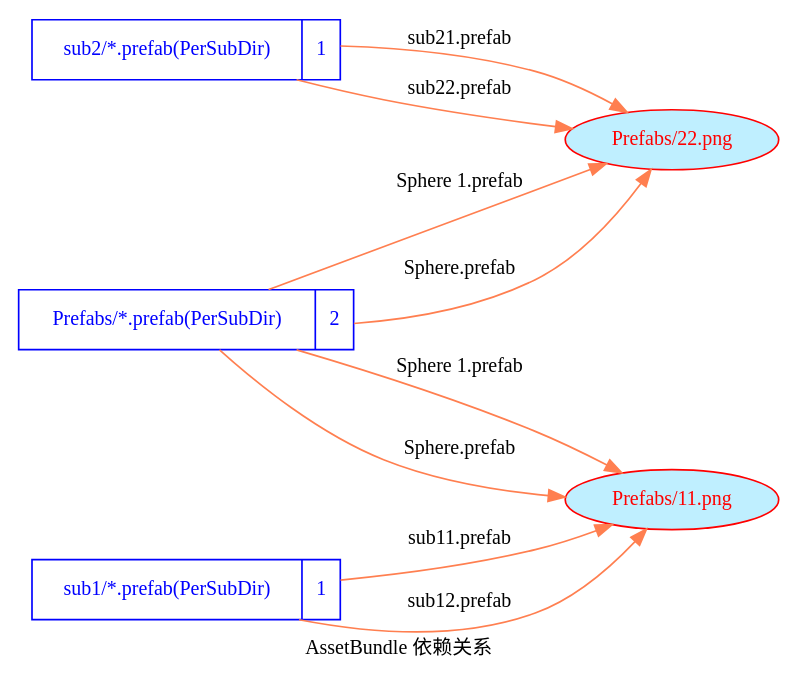
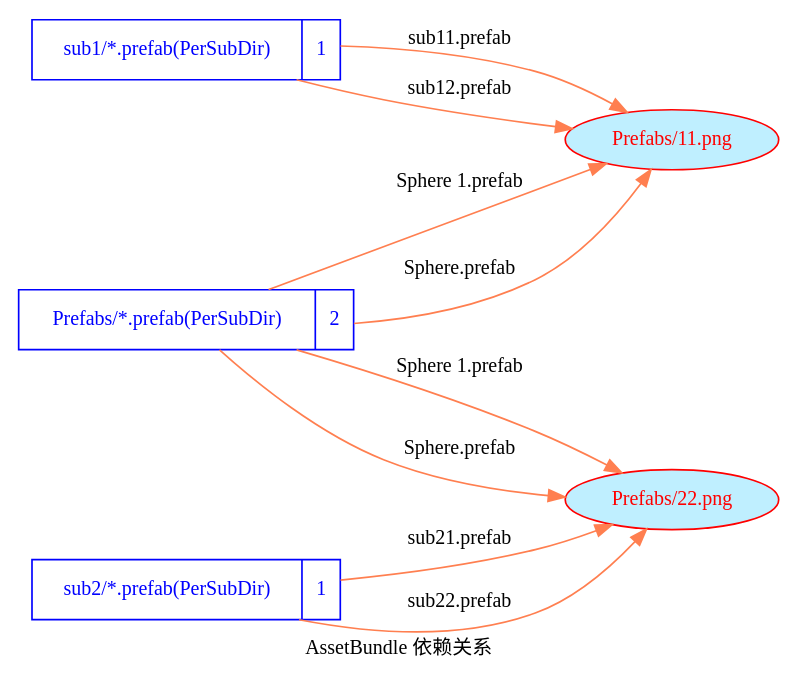
Before and after one commit to songtm/ABSystem: the diagram in Assets/StreamingAssets/AssetBundles/00dep.dot, drawn with Graphviz. The commit also changed other lines of this file and 6 other files, not shown here.

```diff
--- a/Assets/StreamingAssets/AssetBundles/00dep.dot
+++ b/Assets/StreamingAssets/AssetBundles/00dep.dot
@@ -1,30 +1,30 @@
 digraph dep {
     fontname = "Microsoft YaHei";
     label = "AssetBundle 依赖关系"
     nodesep=0.5
     rankdir = "LR"
     fontsize = 12;
     node [ fontname = "Microsoft YaHei", fontsize = 12, shape = "record" color="skyblue"];
     edge [ fontname = "Microsoft YaHei", fontsize = 12 , color="coral"];
 	"Prefabs/*.prefab(PerSubDir)" [color="blue", fontcolor="blue", label="{<f0> Prefabs/*.prefab(PerSubDir) |<f1> 2 }"]
 	"sub1/*.prefab(PerSubDir)" [color="blue", fontcolor="blue", label="{<f0> sub1/*.prefab(PerSubDir) |<f1> 1 }"]
 	"sub2/*.prefab(PerSubDir)" [color="blue", fontcolor="blue", label="{<f0> sub2/*.prefab(PerSubDir) |<f1> 1 }"]
+	"Prefabs/11.png" [color="red", fontcolor="red", shape="ellipse", fillcolor="lightblue1", style="filled"]
 	"Prefabs/22.png" [color="red", fontcolor="red", shape="ellipse", fillcolor="lightblue1", style="filled"]
-	"Prefabs/11.png" [color="red", fontcolor="red", shape="ellipse", fillcolor="lightblue1", style="filled"]
+	"Prefabs/*.prefab(PerSubDir)"->"Prefabs/11.png" [label="Sphere 1.prefab"]
 	"Prefabs/*.prefab(PerSubDir)"->"Prefabs/22.png" [label="Sphere 1.prefab"]
-	"Prefabs/*.prefab(PerSubDir)"->"Prefabs/11.png" [label="Sphere 1.prefab"]
 
+	"Prefabs/*.prefab(PerSubDir)"->"Prefabs/11.png" [label="Sphere.prefab"]
 	"Prefabs/*.prefab(PerSubDir)"->"Prefabs/22.png" [label="Sphere.prefab"]
-	"Prefabs/*.prefab(PerSubDir)"->"Prefabs/11.png" [label="Sphere.prefab"]
 
 	"sub1/*.prefab(PerSubDir)"->"Prefabs/11.png" [label="sub11.prefab"]
 
 	"sub1/*.prefab(PerSubDir)"->"Prefabs/11.png" [label="sub12.prefab"]
 
 	"sub2/*.prefab(PerSubDir)"->"Prefabs/22.png" [label="sub21.prefab"]
 
 	"sub2/*.prefab(PerSubDir)"->"Prefabs/22.png" [label="sub22.prefab"]
 
 
 
 }
```
